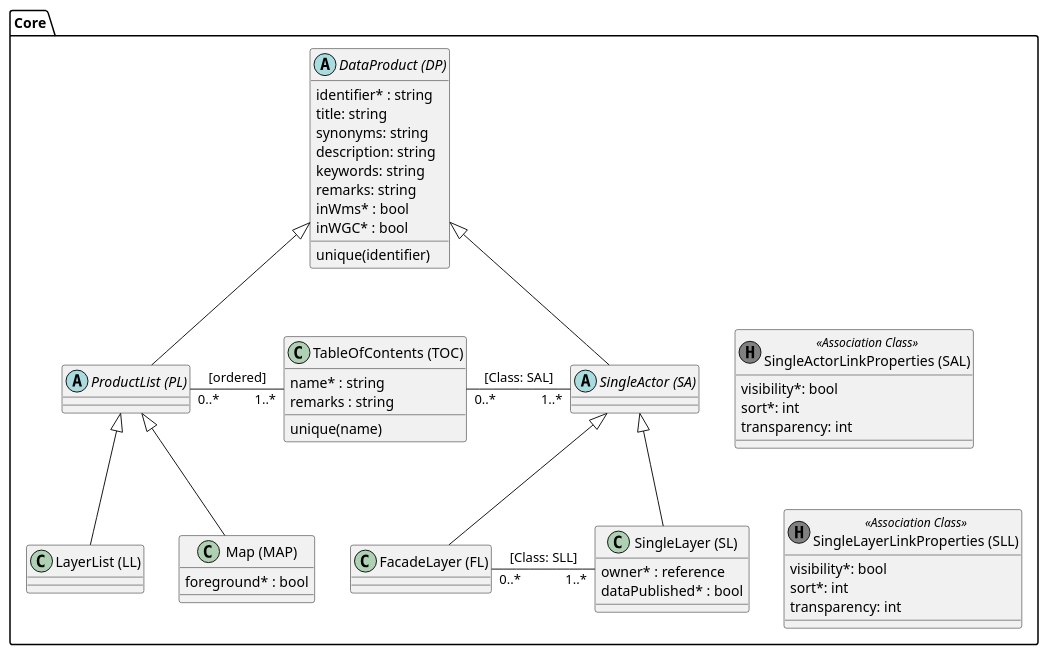
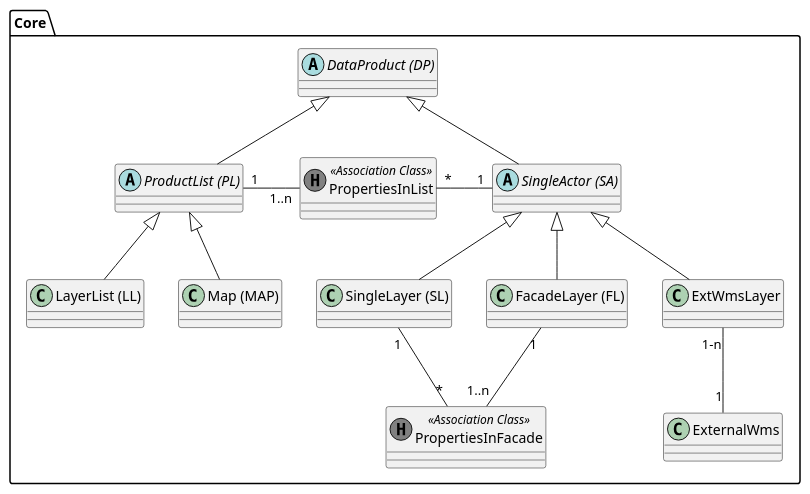
Before and after one commit to simi-so/mm: the diagram in puml/src/simi_core.puml, drawn with PlantUML. The commit also changed 13 other files, not shown here.

```diff
--- a/puml/src/simi_core.puml
+++ b/puml/src/simi_core.puml
@@ -1,69 +1,37 @@
 @startuml
 package Core {
-  abstract class "DataProduct (DP)" as dp {
-      identifier* : string
-      title: string
-      synonyms: string
-      description: string
-      keywords: string
-      remarks: string
-      inWms* : bool
-      inWGC* : bool
-
-      unique(identifier)
-  }
+  abstract class "DataProduct (DP)" as dp
 
   abstract class "ProductList (PL)" as pl
-
   class "LayerList (LL)" as ll
-
-  class "Map (MAP)" as map {
-    foreground* : bool
-  }
-
-  class "TableOfContents (TOC)" as toc {
-    name* : string
-    remarks : string
-
-    unique(name)
-  }
+  class "Map (MAP)" as map
 
   abstract class "SingleActor (SA)" as sa
+  class "FacadeLayer (FL)" as fl
+  class "SingleLayer (SL)" as sl
+  class "ExtWmsLayer" as ewl
 
-  class "FacadeLayer (FL)" as fl
+  class "ExternalWms" as ew
 
-  class "SingleLayer (SL)" as sl {
-    owner* : reference
-    dataPublished* : bool
-  }
-
-  class "SingleLayerLinkProperties (SLL)" as sll << (H, grey) Association Class >> {
-      visibility*: bool
-      sort*: int
-      transparency: int
-  }
-
-  class "SingleActorLinkProperties (SAL)" as sal << (H, grey) Association Class >> {
-      visibility*: bool
-      sort*: int
-      transparency: int
-  }
+  class "PropertiesInFacade" as pif << (H, grey) Association Class >>
+  class "PropertiesInList" as pil << (H, grey) Association Class >>
 
   dp <|-- pl
   pl <|-- ll
   pl <|-- map
 
   dp <|-- sa
   sa <|-- sl
   sa <|-- fl
+  sa <|-- ewl
 
-  pl "0..*" - "1..*" toc : [ordered]
+  pl "1" -right- "1..n" pil : "      "
+  pil "*" -right- "1" sa : "      "
 
-  toc "0..*" - "1..*" sa : [Class: SAL]
-  fl "0..*" - "1..*" sl : [Class: SLL]
 
-  'layout help
-  sa -[hidden]> sal
-  sl -[hidden]> sll
+  fl "1" -- "1..n" pif : "      "
+  pif "*" -up- "1" sl : "      "
+
+  ewl "1-n" -- "1" ew
 }
 @enduml
```
